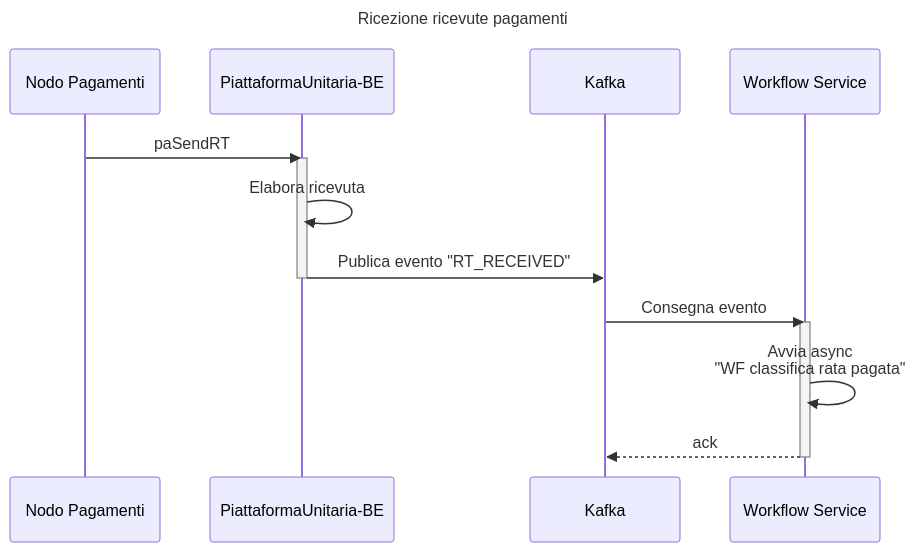
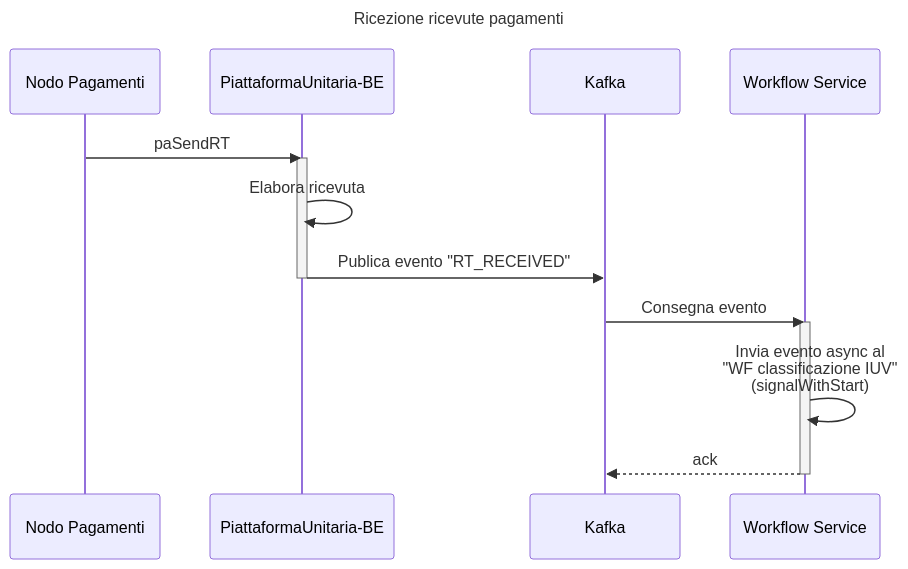
One commit to pagopa/p4pa-doc changed the diagram in design/workflow/classificazioneIncassi/seq_ricevutaPagamento.mmd. Above: the diagram before and after it, drawn with Mermaid. The commit also changed 11 other files, not shown here.

```diff
--- a/design/workflow/classificazioneIncassi/seq_ricevutaPagamento.mmd
+++ b/design/workflow/classificazioneIncassi/seq_ricevutaPagamento.mmd
@@ -1,23 +1,23 @@
 ---
 title: Ricezione ricevute pagamenti
 ---
 sequenceDiagram
     participant NODO as Nodo Pagamenti
     participant PU-BE as PiattaformaUnitaria-BE
     participant KAFKA as Kafka
     participant WF as Workflow Service
 
     NODO ->> PU-BE: paSendRT
 
     activate PU-BE
         PU-BE ->> PU-BE: Elabora ricevuta
         PU-BE ->> KAFKA: Publica evento "RT_RECEIVED"
     deactivate PU-BE
 
     KAFKA ->> WF: Consegna evento
 
     activate WF
-        WF ->>WF: Avvia async<BR />"WF classifica rata pagata"
+        WF ->>WF: Invia evento async al<BR />"WF classificazione IUV"<BR /> (signalWithStart)
 
         WF -->> KAFKA: ack
     deactivate WF
```
